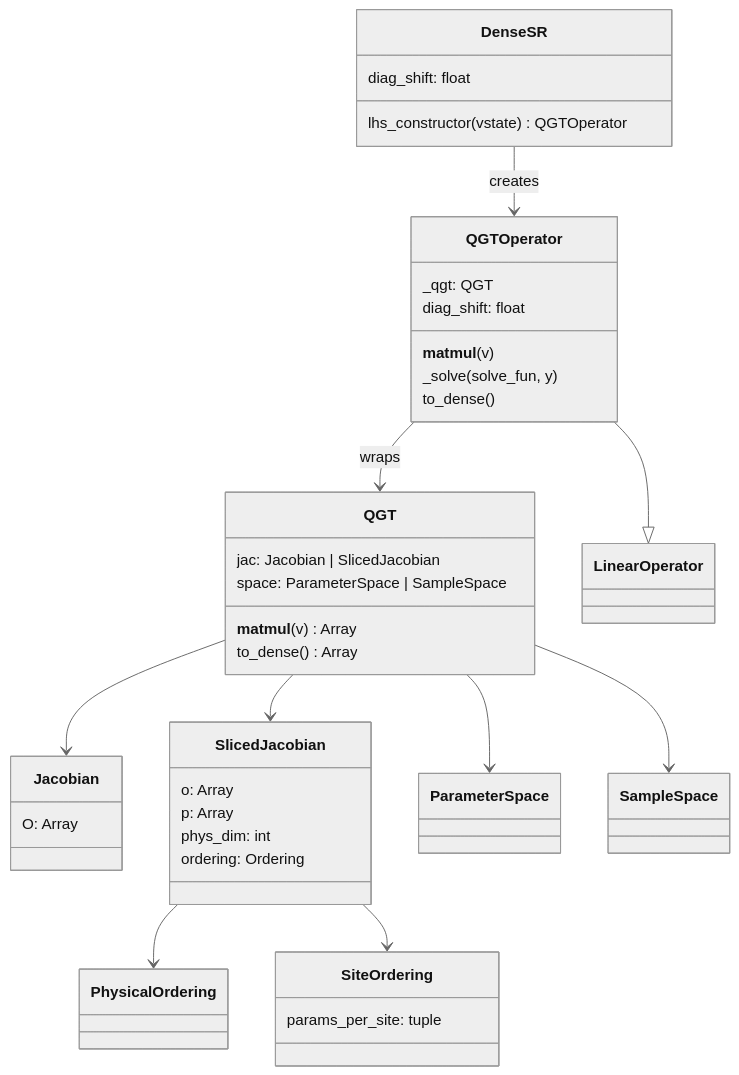
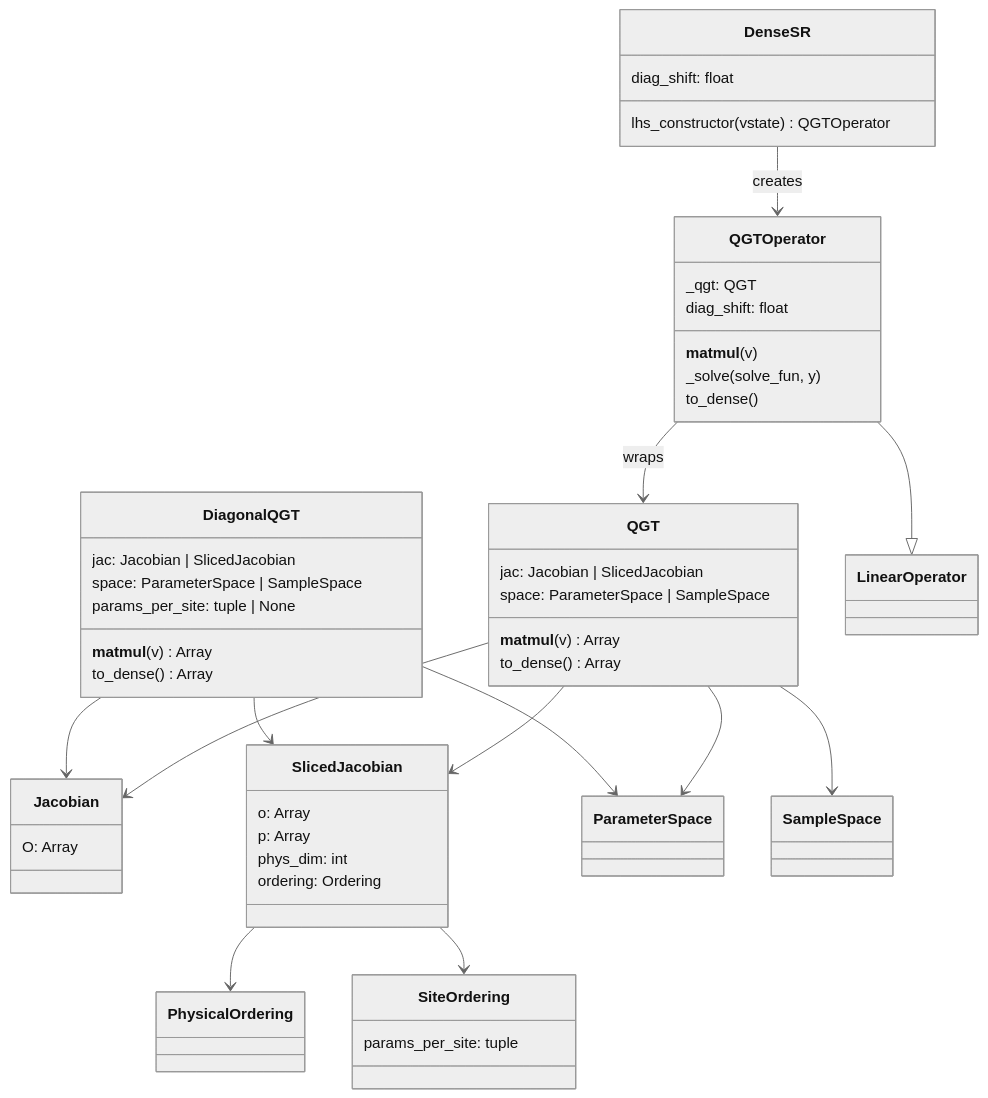
The first of 3 diagrams in DESIGN.md (fliingelephant/VMC), drawn with Mermaid (neutral theme) before and after one commit. The commit also changed other lines of this file and 5 other files, not shown here.

Commit message:
Add block-diagonal QGT approximation and solve strategy

````diff
--- a/DESIGN.md
+++ b/DESIGN.md
@@ -35,48 +35,59 @@
 ```mermaid
 classDiagram
     class Jacobian {
         O: Array
     }
     class SlicedJacobian {
         o: Array
         p: Array
         phys_dim: int
         ordering: Ordering
     }
     class PhysicalOrdering
     class SiteOrdering {
         params_per_site: tuple
     }
 
     class ParameterSpace
     class SampleSpace
 
     class QGT {
         jac: Jacobian | SlicedJacobian
         space: ParameterSpace | SampleSpace
         __matmul__(v) Array
         to_dense() Array
     }
 
+    class DiagonalQGT {
+        jac: Jacobian | SlicedJacobian
+        space: ParameterSpace | SampleSpace
+        params_per_site: tuple | None
+        __matmul__(v) Array
+        to_dense() Array
+    }
+
     class QGTOperator {
         _qgt: QGT
         diag_shift: float
         __matmul__(v)
         _solve(solve_fun, y)
         to_dense()
     }
     class DenseSR {
         diag_shift: float
         lhs_constructor(vstate) QGTOperator
     }
 
     SlicedJacobian --> PhysicalOrdering
     SlicedJacobian --> SiteOrdering
     QGT --> Jacobian
     QGT --> SlicedJacobian
     QGT --> ParameterSpace
     QGT --> SampleSpace
+    DiagonalQGT --> Jacobian
+    DiagonalQGT --> SlicedJacobian
+    DiagonalQGT --> ParameterSpace
     QGTOperator --> QGT : wraps
     DenseSR --> QGTOperator : creates
     QGTOperator --|> LinearOperator
 ```
````
